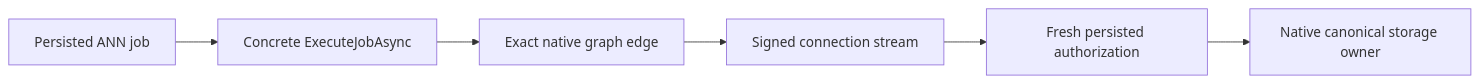
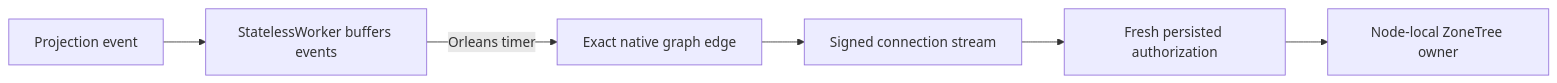
The diagram in docs/Features/Search/NativeAnnDurableJobGraph.md (managedcode/KeyLoad), drawn with Mermaid before and after one commit. The commit also changed other lines of this file and 7356 other files, not shown here.

First line of the commit message:
Replace custom consensus with native Orleans storage services

````diff
--- a/docs/Features/Search/NativeAnnDurableJobGraph.md
+++ b/docs/Features/Search/NativeAnnDurableJobGraph.md
@@ -11,8 +9,8 @@
 ```mermaid
 flowchart LR
-  Intent[Persisted ANN job] --> Coordinator[Concrete ExecuteJobAsync]
-  Coordinator --> Graph[Exact native graph edge]
+  Event[Projection event] --> Worker[StatelessWorker buffers events]
+  Worker -->|Orleans timer| Graph[Exact native graph edge]
   Graph --> Connection[Signed connection stream]
   Connection --> Policy[Fresh persisted authorization]
-  Policy --> Owner[Native canonical storage owner]
+  Policy --> Owner[Node-local ZoneTree owner]
 ```
````
